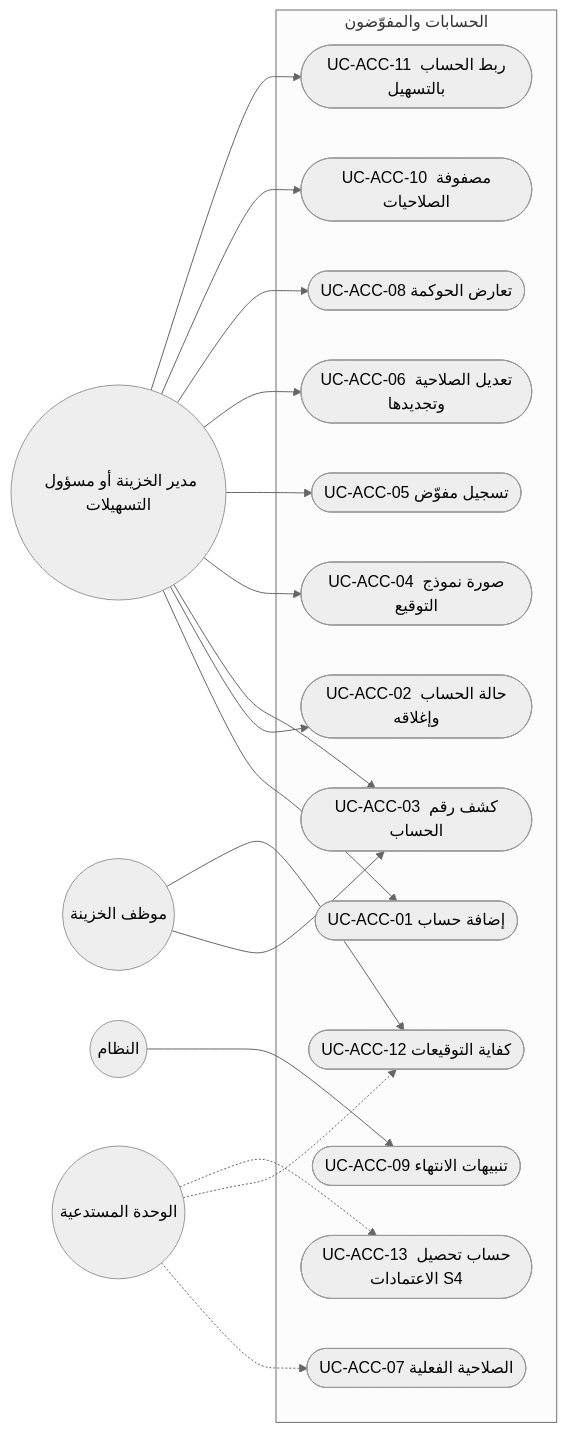
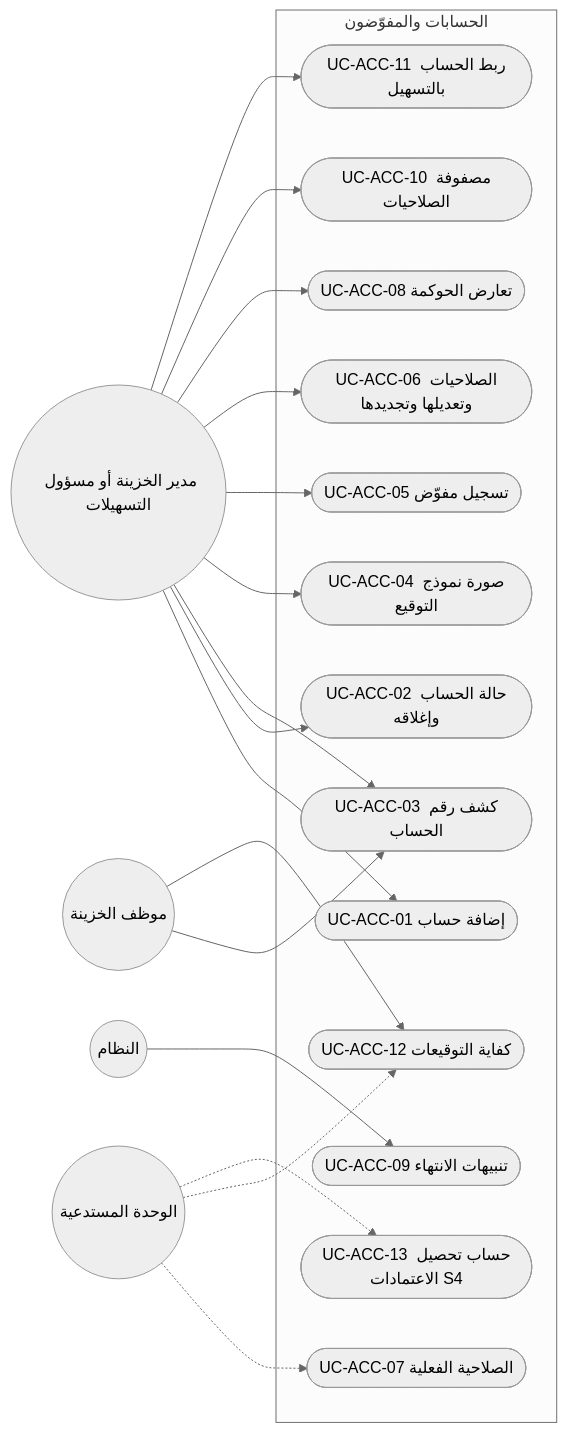
The second of 13 diagrams in treasury-platform/docs/30-readiness/DOC-F09-use-case-catalogue-m2-m8.md (thawrasy/smartlines), drawn with Mermaid (neutral theme) before and after one commit. The commit also changed other lines of this file and 3 other files, not shown here.

````diff
--- a/treasury-platform/docs/30-readiness/DOC-F09-use-case-catalogue-m2-m8.md
+++ b/treasury-platform/docs/30-readiness/DOC-F09-use-case-catalogue-m2-m8.md
@@ -121,26 +123,26 @@
 ```mermaid
 flowchart LR
   TF(("مدير الخزينة أو مسؤول التسهيلات"))
   TE(("موظف الخزينة"))
   SYS(("النظام"))
   MOD(("الوحدة المستدعية"))
   subgraph ACC["الحسابات والمفوّضون"]
     A01(["UC-ACC-01 إضافة حساب"])
     A02(["UC-ACC-02 حالة الحساب وإغلاقه"])
     A03(["UC-ACC-03 كشف رقم الحساب"])
     A04(["UC-ACC-04 صورة نموذج التوقيع"])
     A05(["UC-ACC-05 تسجيل مفوّض"])
-    A06(["UC-ACC-06 تعديل الصلاحية وتجديدها"])
+    A06(["UC-ACC-06 الصلاحيات وتعديلها وتجديدها"])
     A07(["UC-ACC-07 الصلاحية الفعلية"])
     A08(["UC-ACC-08 تعارض الحوكمة"])
     A09(["UC-ACC-09 تنبيهات الانتهاء"])
     A10(["UC-ACC-10 مصفوفة الصلاحيات"])
     A11(["UC-ACC-11 ربط الحساب بالتسهيل"])
     A12(["UC-ACC-12 كفاية التوقيعات"])
     A13(["UC-ACC-13 حساب تحصيل الاعتمادات S4"])
   end
   TF --> A01 & A02 & A03 & A04 & A05 & A06 & A08 & A10 & A11
   TE --> A03 & A12
   SYS --> A09
   MOD -.-> A07 & A12 & A13
 ```
````
